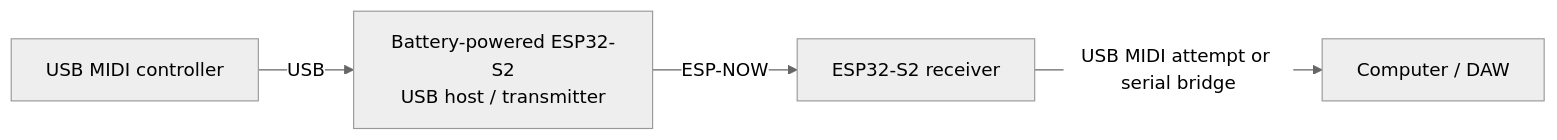
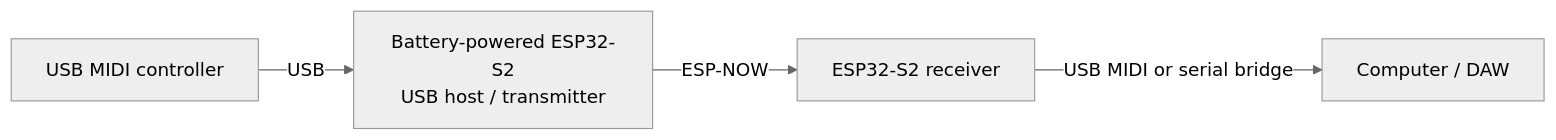
Before and after one commit to ArjunC1234/wireless-midi-adapter: the diagram in README.md, drawn with Mermaid (neutral theme). The commit also changed other lines of this file, not shown here.

````diff
--- a/README.md
+++ b/README.md
@@ -15,6 +17,6 @@
 ```mermaid
 flowchart LR
-    A[USB MIDI controller] -->|USB| B[Battery-powered ESP32-S2\nUSB host / transmitter]
+    A[USB MIDI controller] -->|USB| B[Battery-powered ESP32-S2<br/>USB host / transmitter]
     B -->|ESP-NOW| C[ESP32-S2 receiver]
-    C -->|USB MIDI attempt or serial bridge| D[Computer / DAW]
+    C -->|USB MIDI or serial bridge| D[Computer / DAW]
 ```
````
